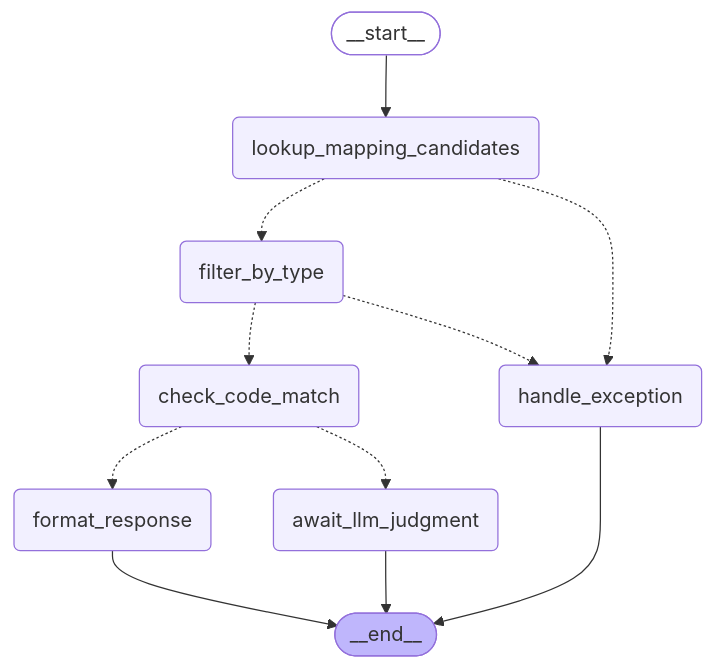
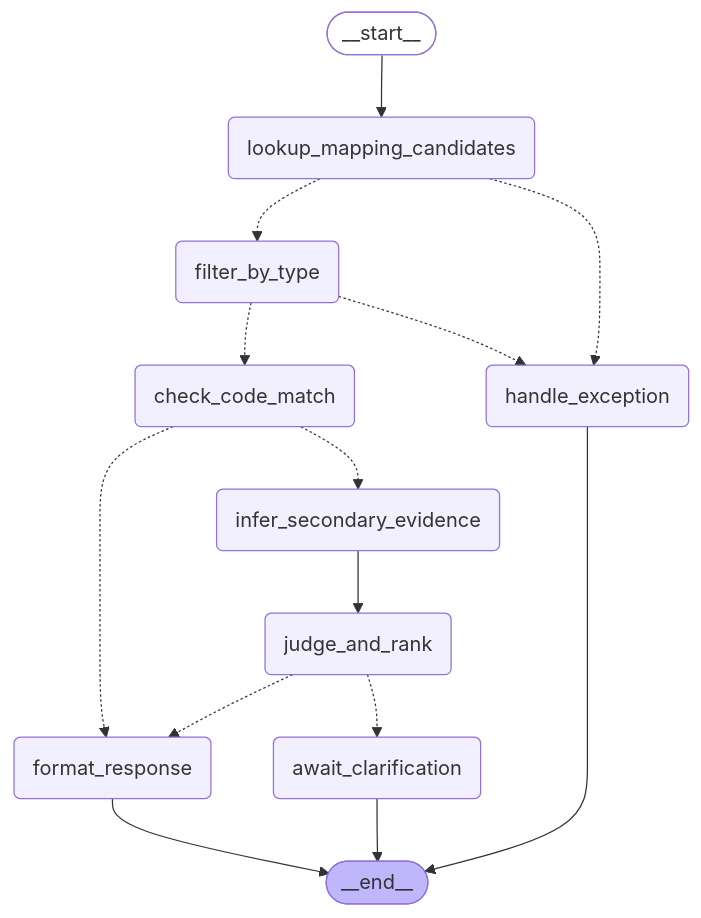
The diagram in README.md (kwakkwakwoohyun/schemabridge), drawn with Mermaid before and after one commit. The commit also changed other lines of this file and 6 other files, not shown here.

````diff
--- a/README.md
+++ b/README.md
@@ -27,24 +27,29 @@
 ```mermaid
 graph TD;
 	__start__([__start__]):::first
 	lookup_mapping_candidates(lookup_mapping_candidates)
 	filter_by_type(filter_by_type)
 	check_code_match(check_code_match)
 	handle_exception(handle_exception)
 	format_response(format_response)
-	await_llm_judgment(await_llm_judgment)
+	infer_secondary_evidence(infer_secondary_evidence)
+	judge_and_rank(judge_and_rank)
+	await_clarification(await_clarification)
 	__end__([__end__]):::last
 	__start__ --> lookup_mapping_candidates;
 	lookup_mapping_candidates -.-> filter_by_type;
 	lookup_mapping_candidates -.-> handle_exception;
 	filter_by_type -.-> check_code_match;
 	filter_by_type -.-> handle_exception;
 	check_code_match -.-> format_response;
-	check_code_match -.-> await_llm_judgment;
+	check_code_match -.-> infer_secondary_evidence;
+	infer_secondary_evidence --> judge_and_rank;
+	judge_and_rank -.-> format_response;
+	judge_and_rank -.-> await_clarification;
 	format_response --> __end__;
 	handle_exception --> __end__;
-	await_llm_judgment --> __end__;
+	await_clarification --> __end__;
 	classDef default fill:#f2f0ff,line-height:1.2
 	classDef first fill-opacity:0
 	classDef last fill:#bfb6fc
 ```
````
